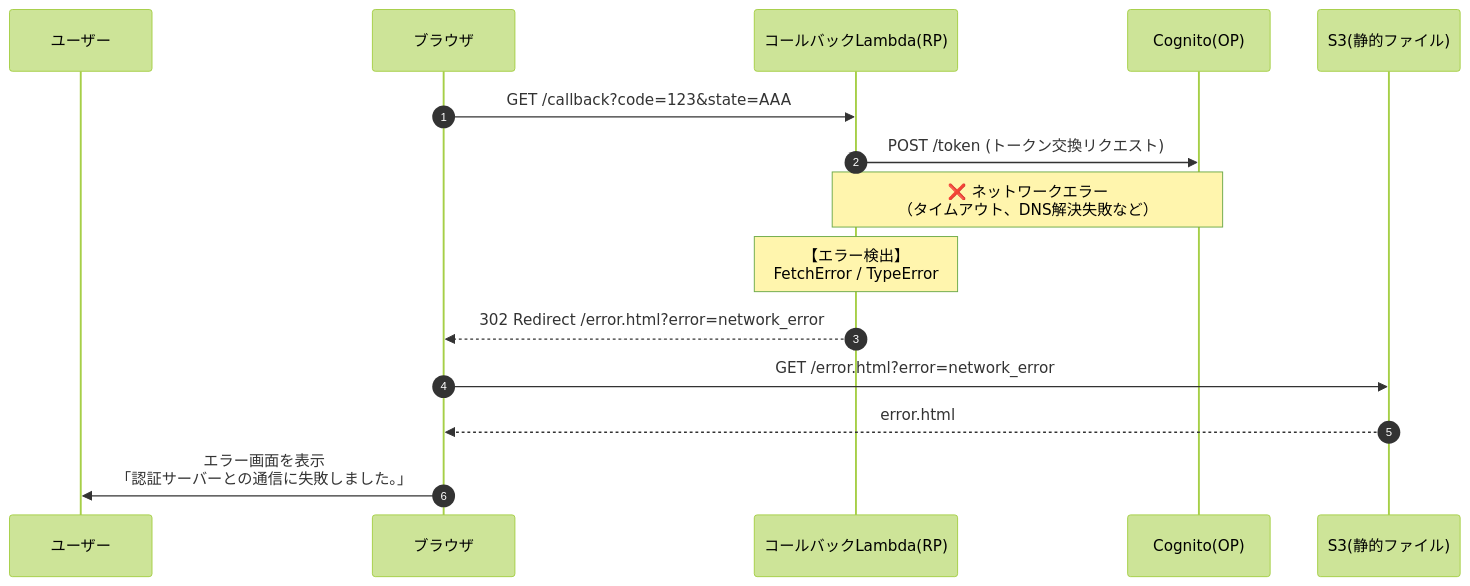
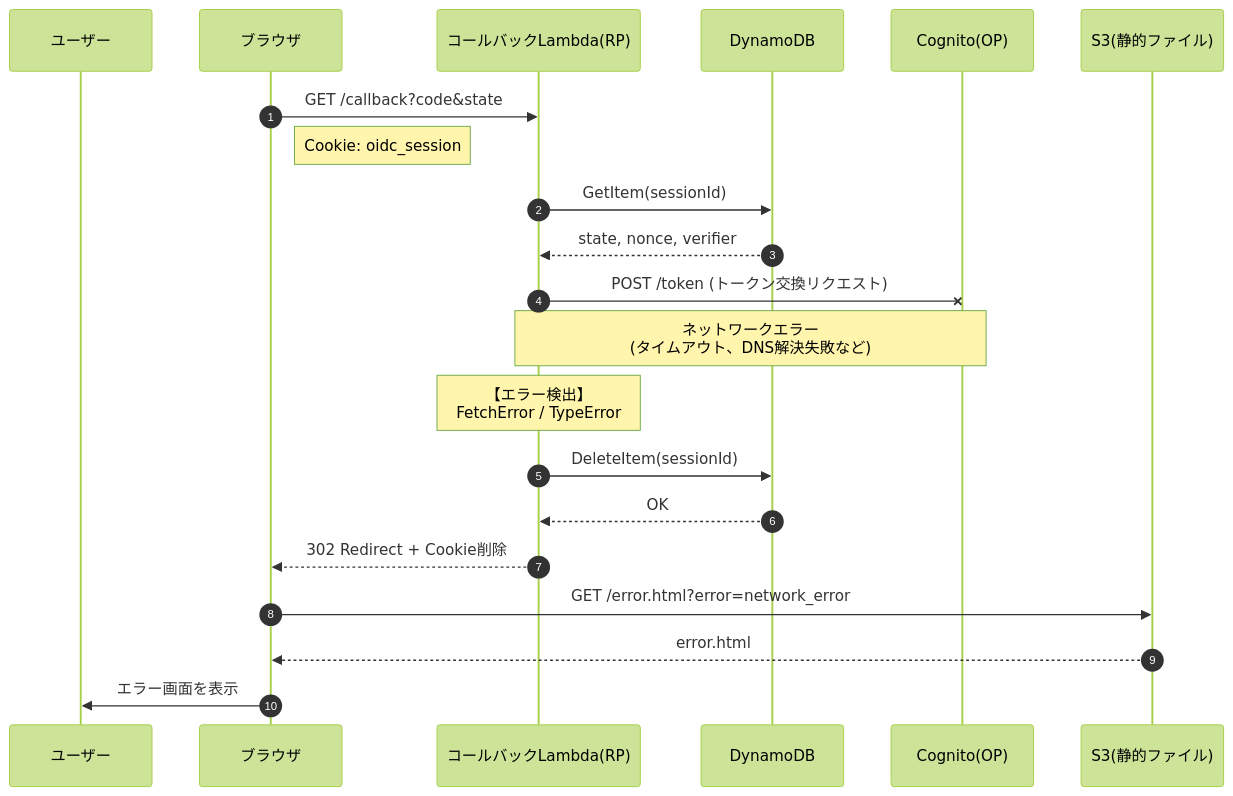
One commit to kasiopeiya/oidc-learning-sandbox changed the fifth of 5 diagrams in docs/backend-design.md. Above: the diagram before and after it, drawn with Mermaid (forest theme). The commit also changed other lines of this file and 8 other files, not shown here.

````diff
--- a/docs/backend-design.md
+++ b/docs/backend-design.md
@@ -140,22 +185,30 @@
 ```mermaid
 sequenceDiagram
     autonumber
     participant User as ユーザー
     participant Browser as ブラウザ
     participant L2 as コールバックLambda(RP)
+    participant DDB as DynamoDB
     participant OP as Cognito(OP)
     participant S3 as S3(静的ファイル)
 
-    Browser->>L2: GET /callback?code=123&state=AAA
-    
-    L2->>OP: POST /token (トークン交換リクエスト)
-    
-    Note over L2,OP: ❌ ネットワークエラー<br/>（タイムアウト、DNS解決失敗など）
+    Browser->>L2: GET /callback?code&state
+    Note right of Browser: Cookie: oidc_session
+
+    L2->>DDB: GetItem(sessionId)
+    DDB-->>L2: state, nonce, verifier
+
+    L2-xOP: POST /token (トークン交換リクエスト)
+
+    Note over L2,OP: ネットワークエラー<br/>(タイムアウト、DNS解決失敗など)
 
     Note over L2: 【エラー検出】<br/>FetchError / TypeError
 
-    L2-->>Browser: 302 Redirect /error.html?error=network_error
+    L2->>DDB: DeleteItem(sessionId)
+    DDB-->>L2: OK
+
+    L2-->>Browser: 302 Redirect + Cookie削除
     Browser->>S3: GET /error.html?error=network_error
     S3-->>Browser: error.html
-    Browser->>User: エラー画面を表示<br/>「認証サーバーとの通信に失敗しました。」
+    Browser->>User: エラー画面を表示
 ```
````
